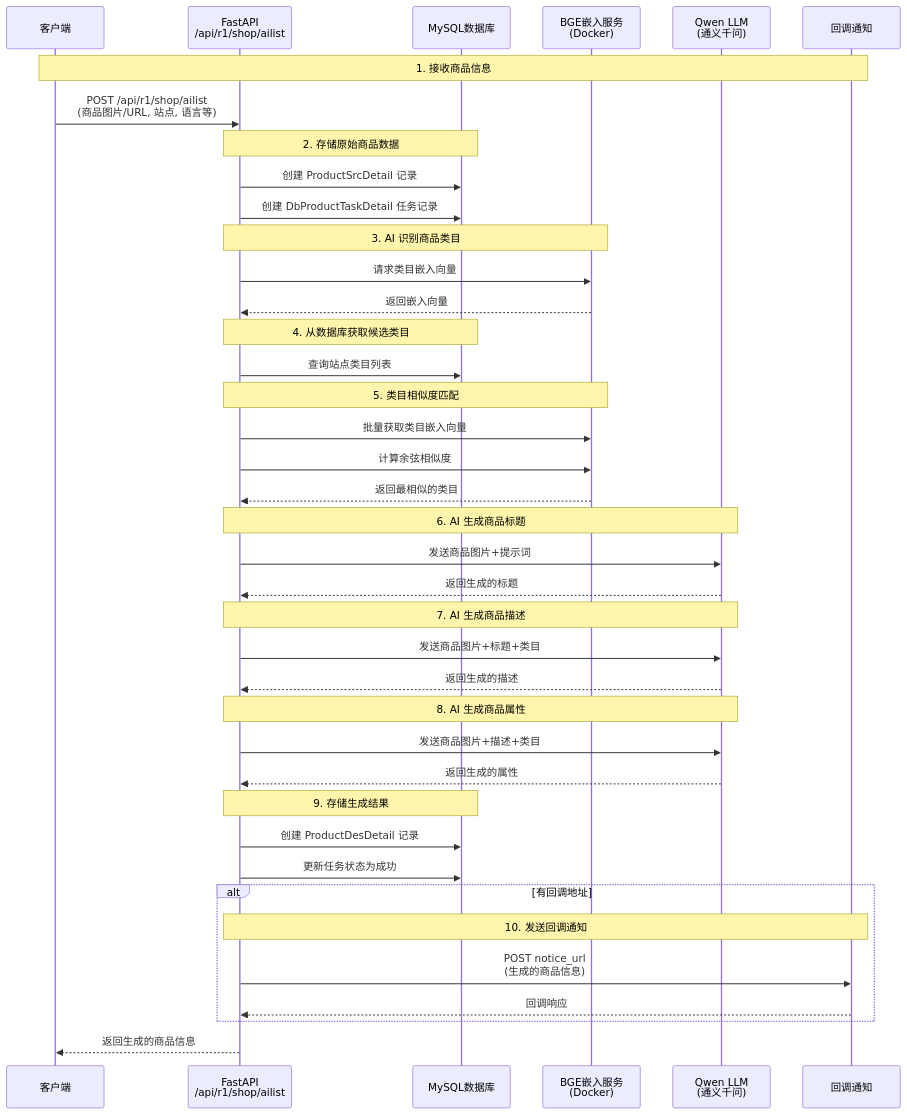
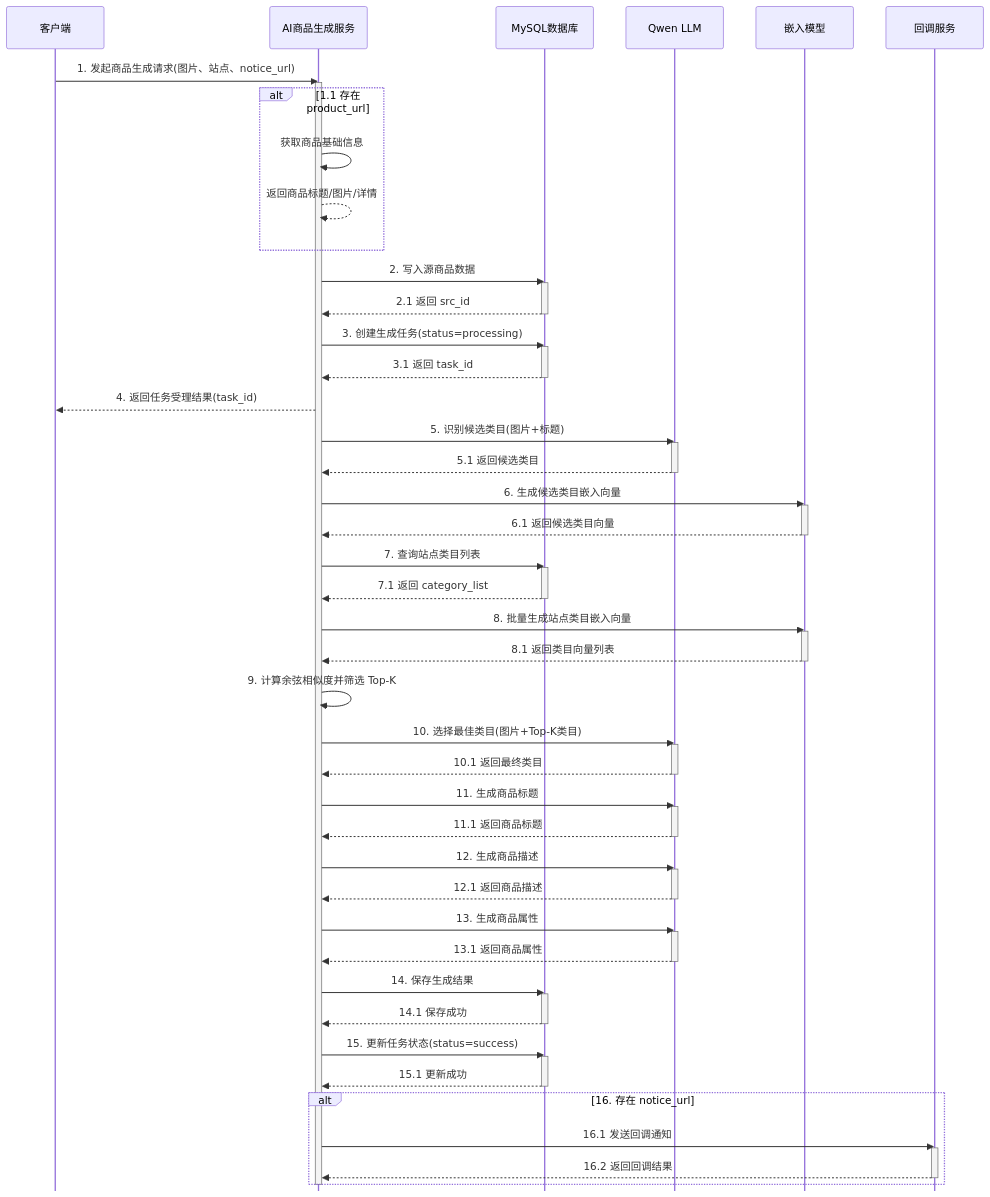
One commit to RudyGo8/AI_List_Generate changed the diagram in README.md. Above: the diagram before and after it, drawn with Mermaid. The commit also changed other lines of this file and 87 other files, not shown here.

````diff
--- a/README.md
+++ b/README.md
@@ -40,52 +42,91 @@
 ```mermaid
+%%{init: {'sequence': {'mirrorActors': false}} }%%
 sequenceDiagram
     participant Client as 客户端
-    participant API as FastAPI<br/>/api/r1/shop/ailist
+    participant API as AI商品生成服务
     participant DB as MySQL数据库
-    participant Embedding as BGE嵌入服务<br/>(Docker)
-    participant LLM as Qwen LLM<br/>(通义千问)
-    participant Notice as 回调通知
+    participant LLM as Qwen LLM
+    participant Embedding as 嵌入模型
+    participant Notice as 回调服务
 
-    Note over Client,Notice: 1. 接收商品信息
-    Client->>API: POST /api/r1/shop/ailist<br/>(商品图片/URL, 站点, 语言等)
-    
-    Note over API,DB: 2. 存储原始商品数据
-    API->>DB: 创建 ProductSrcDetail 记录
-    API->>DB: 创建 DbProductTaskDetail 任务记录
-    
-    Note over API,Embedding: 3. AI 识别商品类目
-    API->>Embedding: 请求类目嵌入向量
-    Embedding-->>API: 返回嵌入向量
-    
-    Note over API,DB: 4. 从数据库获取候选类目
-    API->>DB: 查询站点类目列表
-    
-    Note over API,Embedding: 5. 类目相似度匹配
-    API->>Embedding: 批量获取类目嵌入向量
-    API->>Embedding: 计算余弦相似度
-    Embedding-->>API: 返回最相似的类目
-    
-    Note over API,LLM: 6. AI 生成商品标题
-    API->>LLM: 发送商品图片+提示词
-    LLM-->>API: 返回生成的标题
-    
-    Note over API,LLM: 7. AI 生成商品描述
-    API->>LLM: 发送商品图片+标题+类目
-    LLM-->>API: 返回生成的描述
-    
-    Note over API,LLM: 8. AI 生成商品属性
-    API->>LLM: 发送商品图片+描述+类目
-    LLM-->>API: 返回生成的属性
-    
-    Note over API,DB: 9. 存储生成结果
-    API->>DB: 创建 ProductDesDetail 记录
-    API->>DB: 更新任务状态为成功
-    
-    alt 有回调地址
-        Note over API,Notice: 10. 发送回调通知
-        API->>Notice: POST notice_url<br/>(生成的商品信息)
-        Notice-->>API: 回调响应
+    Client->>API: 1. 发起商品生成请求(图片、站点、notice_url)
+    activate API
+
+    alt 1.1 存在 product_url
+        API->>API: 获取商品基础信息
+        API-->>API: 返回商品标题/图片/详情
     end
-    
-    API-->>Client: 返回生成的商品信息
+
+    API->>DB: 2. 写入源商品数据
+    activate DB
+    DB-->>API: 2.1 返回 src_id
+    deactivate DB
+
+    API->>DB: 3. 创建生成任务(status=processing)
+    activate DB
+    DB-->>API: 3.1 返回 task_id
+    deactivate DB
+
+    API-->>Client: 4. 返回任务受理结果(task_id)
+
+    API->>LLM: 5. 识别候选类目(图片+标题)
+    activate LLM
+    LLM-->>API: 5.1 返回候选类目
+    deactivate LLM
+
+    API->>Embedding: 6. 生成候选类目嵌入向量
+    activate Embedding
+    Embedding-->>API: 6.1 返回候选类目向量
+    deactivate Embedding
+
+    API->>DB: 7. 查询站点类目列表
+    activate DB
+    DB-->>API: 7.1 返回 category_list
+    deactivate DB
+
+    API->>Embedding: 8. 批量生成站点类目嵌入向量
+    activate Embedding
+    Embedding-->>API: 8.1 返回类目向量列表
+    deactivate Embedding
+
+    API->>API: 9. 计算余弦相似度并筛选 Top-K
+
+    API->>LLM: 10. 选择最佳类目(图片+Top-K类目)
+    activate LLM
+    LLM-->>API: 10.1 返回最终类目
+    deactivate LLM
+
+    API->>LLM: 11. 生成商品标题
+    activate LLM
+    LLM-->>API: 11.1 返回商品标题
+    deactivate LLM
+
+    API->>LLM: 12. 生成商品描述
+    activate LLM
+    LLM-->>API: 12.1 返回商品描述
+    deactivate LLM
+
+    API->>LLM: 13. 生成商品属性
+    activate LLM
+    LLM-->>API: 13.1 返回商品属性
+    deactivate LLM
+
+    API->>DB: 14. 保存生成结果
+    activate DB
+    DB-->>API: 14.1 保存成功
+    deactivate DB
+
+    API->>DB: 15. 更新任务状态(status=success)
+    activate DB
+    DB-->>API: 15.1 更新成功
+    deactivate DB
+
+    alt 16. 存在 notice_url
+        API->>Notice: 16.1 发送回调通知
+        activate Notice
+        Notice-->>API: 16.2 返回回调结果
+        deactivate Notice
+    end
+
+    deactivate API
 ```
````
